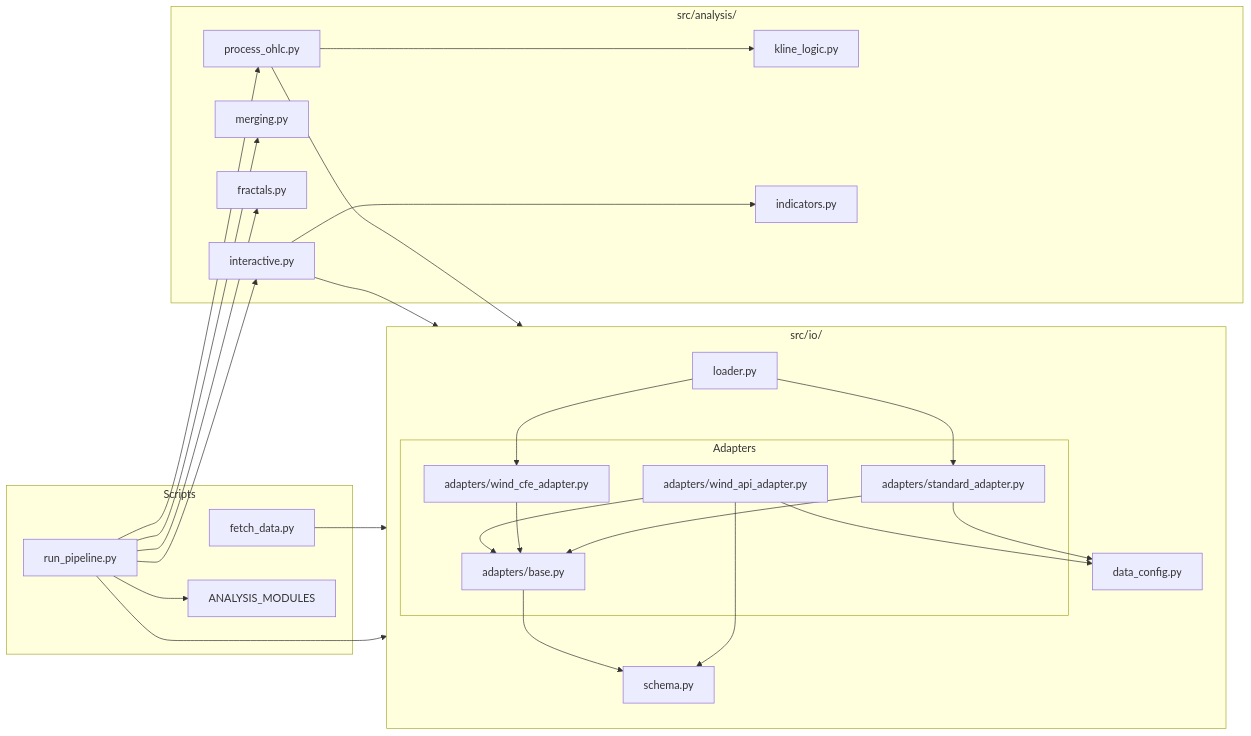
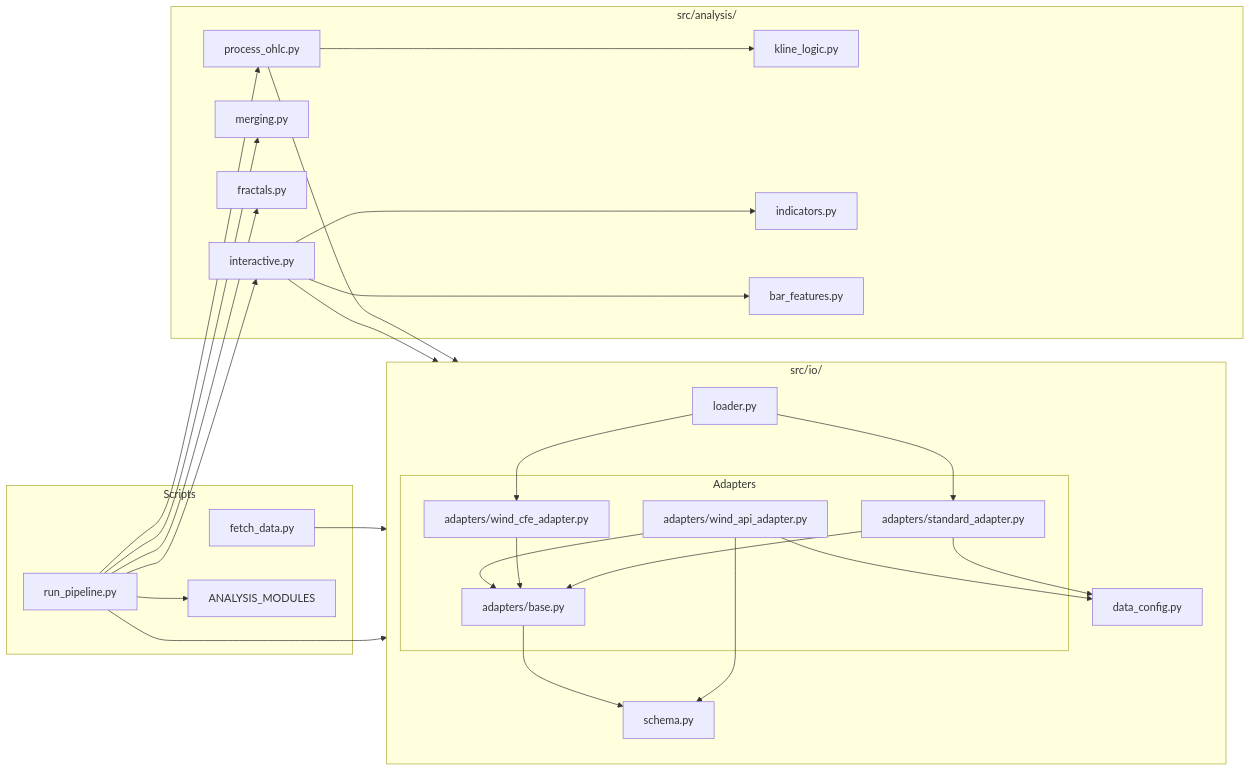
The third of 3 diagrams in docs/workflow.md (terry-an-investor/chart-analysis), drawn with Mermaid before and after one commit. The commit also changed other lines of this file and 11 other files, not shown here.

Commit message:
feat: Add bar feature analysis, interactive visualization, and tests.

````diff
--- a/docs/workflow.md
+++ b/docs/workflow.md
@@ -172,56 +187,58 @@
 ```mermaid
 graph LR
     subgraph "src/io/"
         direction TB
         CONFIG[data_config.py]
         SCHEMA[schema.py]
         LOADER[loader.py]
         
         subgraph "Adapters"
             BASE[adapters/base.py]
             WIND_API[adapters/wind_api_adapter.py]
             WIND_CFE[adapters/wind_cfe_adapter.py]
             STD[adapters/standard_adapter.py]
         end
         
         BASE --> SCHEMA
         WIND_API --> BASE
         WIND_CFE --> BASE
         STD --> BASE
         
         WIND_API --> CONFIG
         WIND_API --> SCHEMA
         STD --> CONFIG
         
         LOADER --> STD
         LOADER --> WIND_CFE
     end
     
     subgraph "src/analysis/"
         KLINE[kline_logic.py]
         PROCESS[process_ohlc.py]
         MERGE[merging.py]
         FRACTAL[fractals.py]
         INTERACTIVE[interactive.py]
         INDICATORS[indicators.py]
+        BAR_FEAT[bar_features.py]
         
         PROCESS --> KLINE
         PROCESS --> SCHEMA
         INTERACTIVE --> INDICATORS
+        INTERACTIVE --> BAR_FEAT
         INTERACTIVE --> SCHEMA
     end
     
     subgraph "Scripts"
         FETCH[fetch_data.py]
         RUN[run_pipeline.py]
         
         FETCH --> WIND_API
         RUN --> LOADER
         RUN --> ANALYSIS_MODULES
     end
     
     RUN --> PROCESS
     RUN --> MERGE
     RUN --> FRACTAL
     RUN --> INTERACTIVE
 ```
````
